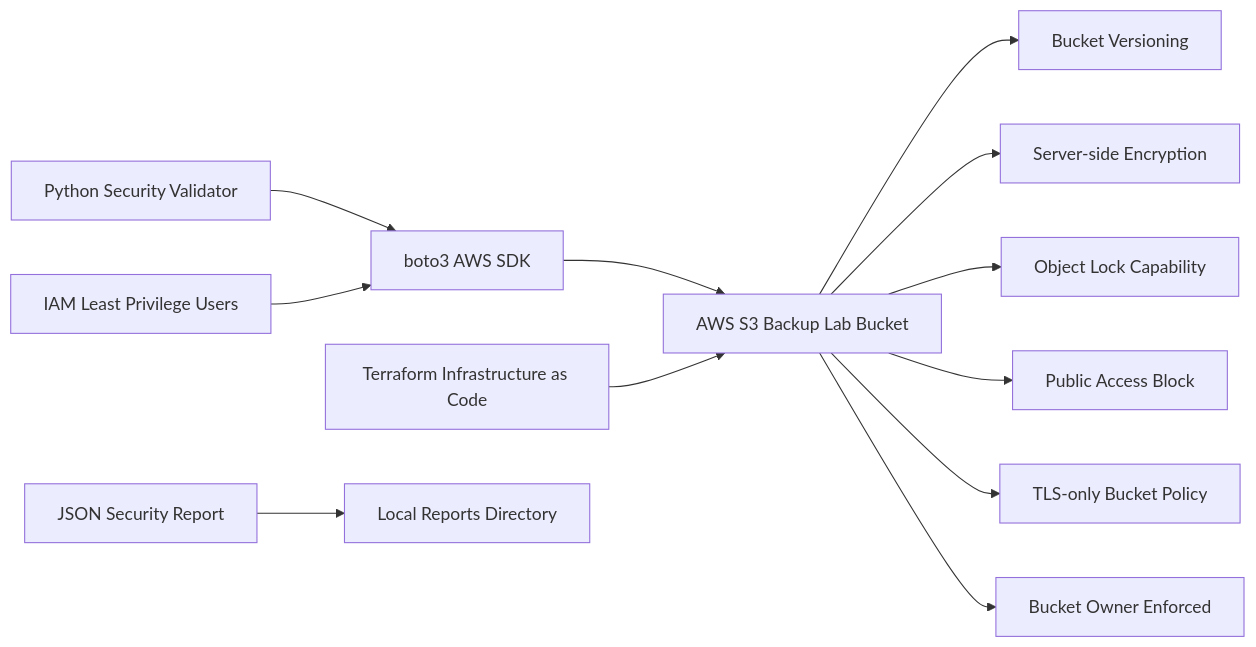
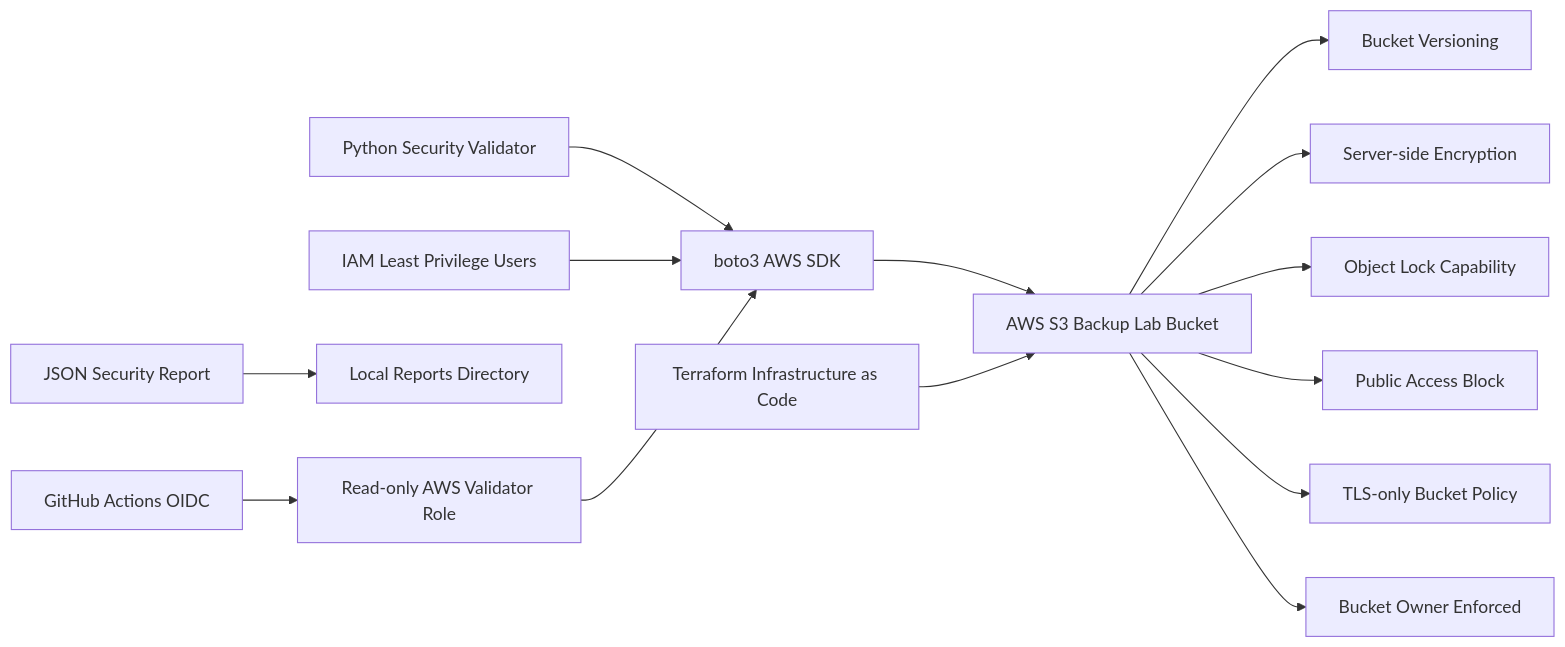
The diagram in README.md (tomtomson556/autonomous-cyber-resilience-platform), drawn with Mermaid before and after one commit. The commit also changed other lines of this file, not shown here.

Commit message:
Document OIDC-based AWS security validation workflow

````diff
--- a/README.md
+++ b/README.md
@@ -26,16 +27,19 @@
 ```mermaid
 flowchart LR
     A[Python Security Validator] --> B[boto3 AWS SDK]
     B --> C[AWS S3 Backup Lab Bucket]
 
     C --> D[Bucket Versioning]
     C --> E[Server-side Encryption]
     C --> F[Object Lock Capability]
     C --> G[Public Access Block]
     C --> K[TLS-only Bucket Policy]
     C --> L[Bucket Owner Enforced]
 
     H[Terraform Infrastructure as Code] --> C
     I[IAM Least Privilege Users] --> B
     J[JSON Security Report] --> M[Local Reports Directory]
+
+    N[GitHub Actions OIDC] --> O[Read-only AWS Validator Role]
+    O --> B
 ```
````
